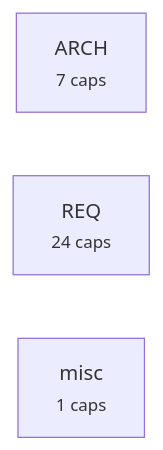
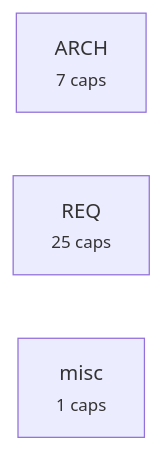
The third of 4 diagrams in requirements/_map.md (alxmax/excalidraw-diagram), drawn with Mermaid before and after one commit. The commit also changed other lines of this file and 17 other files, not shown here.

````diff
--- a/requirements/_map.md
+++ b/requirements/_map.md
@@ -116,6 +117,6 @@
 ```mermaid
 graph LR
   a_ARCH["ARCH<br><small>7 caps</small>"]
-  a_REQ["REQ<br><small>24 caps</small>"]
+  a_REQ["REQ<br><small>25 caps</small>"]
   a_misc["misc<br><small>1 caps</small>"]
 ```
````
